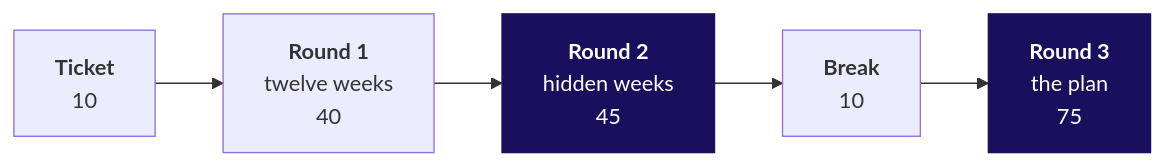
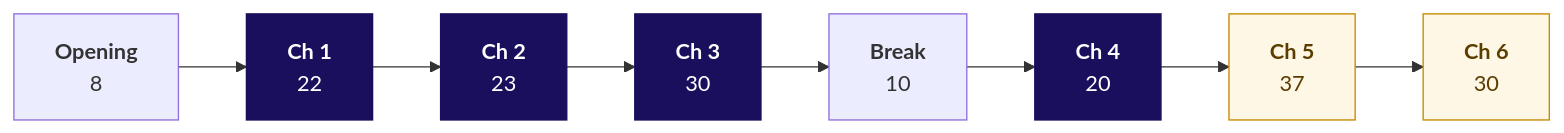
The second of 2 diagrams in content/W04/D5/trainer/C2_W04_D05_day_sheet_TRAINER.md (fde-academy-lab/c2-content-factory), drawn with Mermaid before and after one commit. The commit also changed other lines of this file and 23 other files, not shown here.

````diff
--- a/content/W04/D5/trainer/C2_W04_D05_day_sheet_TRAINER.md
+++ b/content/W04/D5/trainer/C2_W04_D05_day_sheet_TRAINER.md
@@ -73,6 +136,8 @@
 ```mermaid
 flowchart LR
-    T["<b>Ticket</b><br/>10"] --> R1["<b>Round 1</b><br/>twelve weeks<br/>40"] --> R2["<b>Round 2</b><br/>hidden weeks<br/>45"] --> B["<b>Break</b><br/>10"] --> R3["<b>Round 3</b><br/>the plan<br/>75"]
-    classDef core fill:#1A0F5C,stroke:#1A0F5C,color:#FFFFFF
-    class R2,R3 core
+    O["<b>Opening</b><br/>8"] --> C1["<b>Ch 1</b><br/>22"] --> C2["<b>Ch 2</b><br/>23"] --> C3["<b>Ch 3</b><br/>30"] --> B["<b>Break</b><br/>10"] --> C4["<b>Ch 4</b><br/>20"] --> C5["<b>Ch 5</b><br/>37"] --> C6["<b>Ch 6</b><br/>30"]
+    classDef concept fill:#1A0F5C,stroke:#1A0F5C,color:#FFFFFF
+    classDef kalpa fill:#FFF7E6,stroke:#C98A00,color:#5C3D00
+    class C1,C2,C3,C4 concept
+    class C5,C6 kalpa
 ```
````
